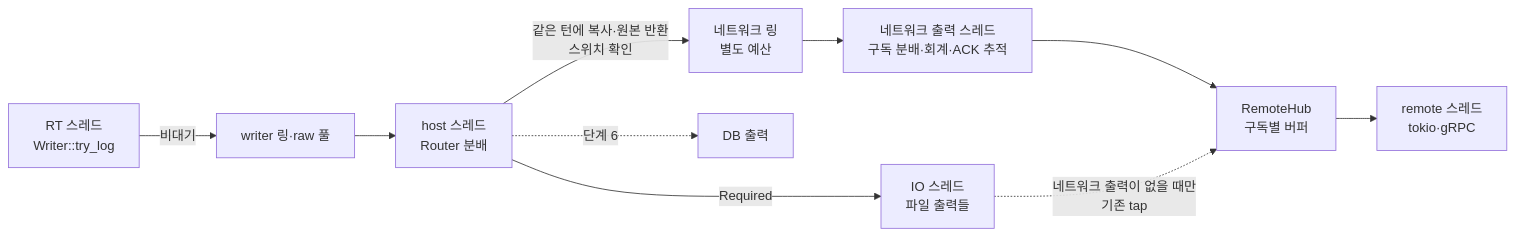
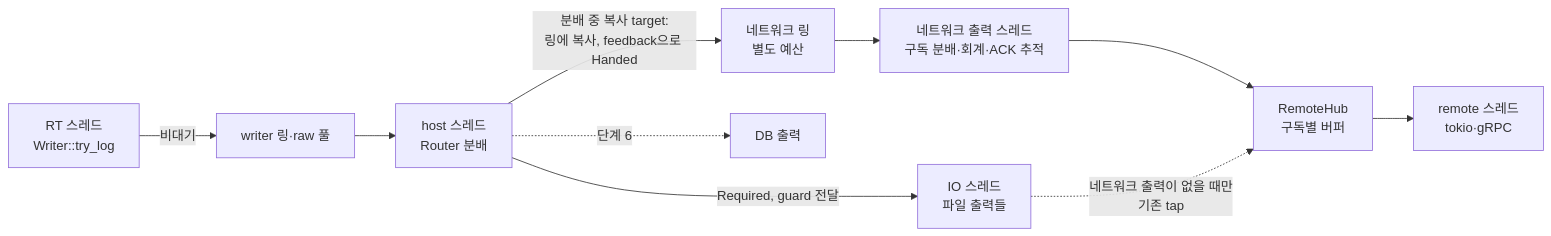
The second of 2 diagrams in .cowork/04_implementation/milestones/MS-013.md (lim8603/dot-logger), drawn with Mermaid before and after one commit. The commit also changed other lines of this file and 4 other files, not shown here.

````diff
--- a/.cowork/04_implementation/milestones/MS-013.md
+++ b/.cowork/04_implementation/milestones/MS-013.md
@@ -147,12 +153,12 @@
 ```mermaid
 flowchart LR
   RT[RT 스레드<br/>Writer::try_log] -->|비대기| ING[writer 링·raw 풀]
   ING --> H[host 스레드<br/>Router 분배]
-  H -->|Required| IOF[IO 스레드<br/>파일 출력들]
-  H -->|같은 턴에 복사·원본 반환<br/>스위치 확인| RING[네트워크 링<br/>별도 예산]
+  H -->|Required, guard 전달| IOF[IO 스레드<br/>파일 출력들]
+  H -->|분배 중 복사 target:<br/>링에 복사, feedback으로 Handed| RING[네트워크 링<br/>별도 예산]
   RING --> NO[네트워크 출력 스레드<br/>구독 분배·회계·ACK 추적]
   NO --> HUB[RemoteHub<br/>구독별 버퍼]
   HUB --> NET[remote 스레드<br/>tokio·gRPC]
   H -.->|단계 6| DB[DB 출력]
   IOF -.->|네트워크 출력이 없을 때만<br/>기존 tap| HUB
 ```
````
